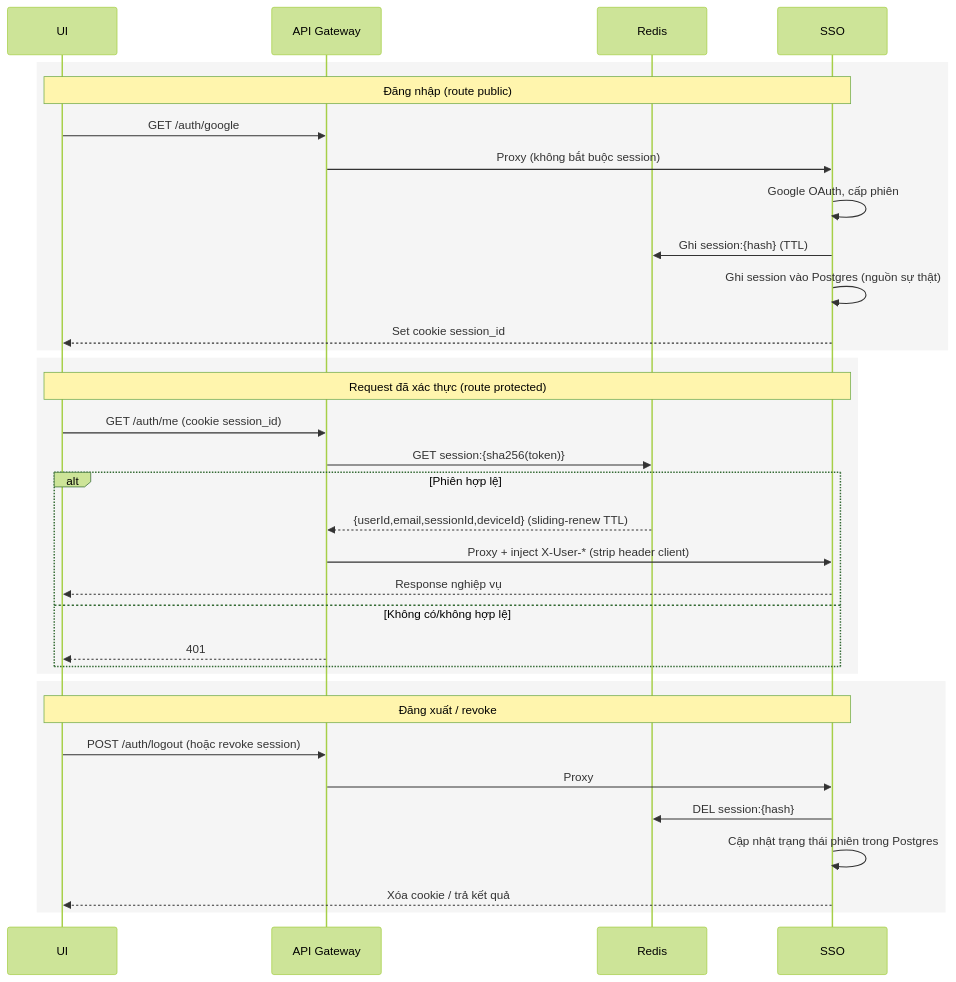
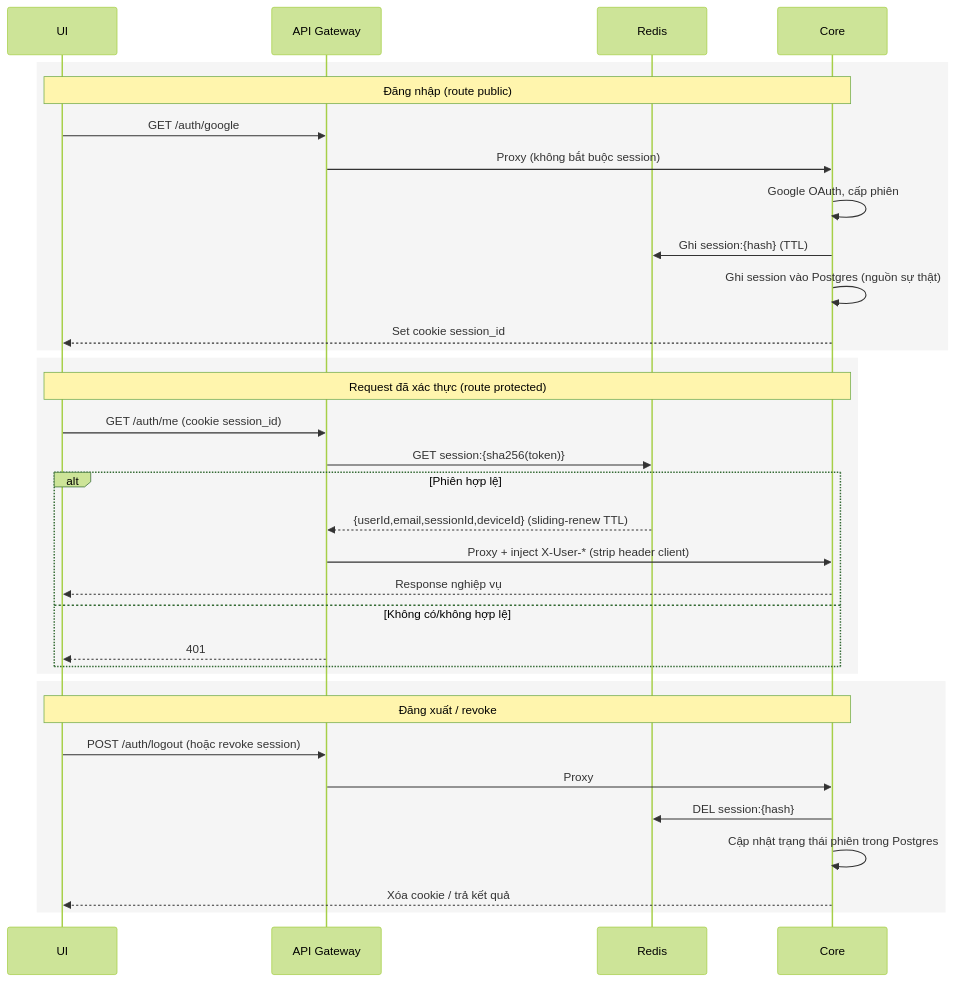
Before and after one commit to CVThien2k2/joytab: the fifth of 8 diagrams in docs/system-architecture-20260522.md, drawn with Mermaid (forest theme). The commit also changed other lines of this file and 4 other files, not shown here.

Commit message:
docs: rename sso service to core

````diff
--- a/docs/system-architecture-20260522.md
+++ b/docs/system-architecture-20260522.md
@@ -81,39 +81,39 @@
 ```mermaid
 sequenceDiagram
   participant UI
   participant GW as API Gateway
   participant RD as Redis
-  participant SSO
+  participant CORE as Core
 
   rect rgb(245,245,245)
-  note over UI,SSO: Đăng nhập (route public)
+  note over UI,CORE: Đăng nhập (route public)
   UI->>GW: GET /auth/google
-  GW->>SSO: Proxy (không bắt buộc session)
-  SSO->>SSO: Google OAuth, cấp phiên
-  SSO->>RD: Ghi session:{hash} (TTL)
-  SSO->>SSO: Ghi session vào Postgres (nguồn sự thật)
-  SSO-->>UI: Set cookie session_id
+  GW->>CORE: Proxy (không bắt buộc session)
+  CORE->>CORE: Google OAuth, cấp phiên
+  CORE->>RD: Ghi session:{hash} (TTL)
+  CORE->>CORE: Ghi session vào Postgres (nguồn sự thật)
+  CORE-->>UI: Set cookie session_id
   end
 
   rect rgb(245,245,245)
-  note over UI,SSO: Request đã xác thực (route protected)
+  note over UI,CORE: Request đã xác thực (route protected)
   UI->>GW: GET /auth/me (cookie session_id)
   GW->>RD: GET session:{sha256(token)}
   alt Phiên hợp lệ
     RD-->>GW: {userId,email,sessionId,deviceId} (sliding-renew TTL)
-    GW->>SSO: Proxy + inject X-User-* (strip header client)
-    SSO-->>UI: Response nghiệp vụ
+    GW->>CORE: Proxy + inject X-User-* (strip header client)
+    CORE-->>UI: Response nghiệp vụ
   else Không có/không hợp lệ
     GW-->>UI: 401
   end
   end
 
   rect rgb(245,245,245)
-  note over UI,SSO: Đăng xuất / revoke
+  note over UI,CORE: Đăng xuất / revoke
   UI->>GW: POST /auth/logout (hoặc revoke session)
-  GW->>SSO: Proxy
-  SSO->>RD: DEL session:{hash}
-  SSO->>SSO: Cập nhật trạng thái phiên trong Postgres
-  SSO-->>UI: Xóa cookie / trả kết quả
+  GW->>CORE: Proxy
+  CORE->>RD: DEL session:{hash}
+  CORE->>CORE: Cập nhật trạng thái phiên trong Postgres
+  CORE-->>UI: Xóa cookie / trả kết quả
   end
 ```
````
